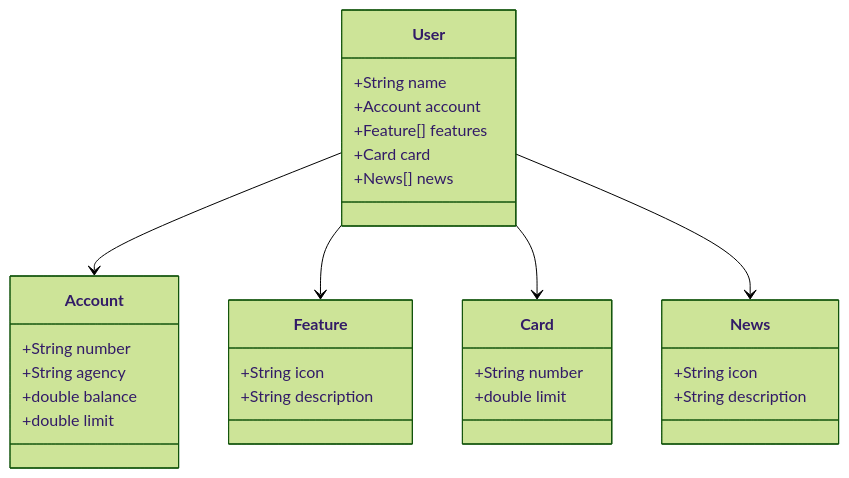
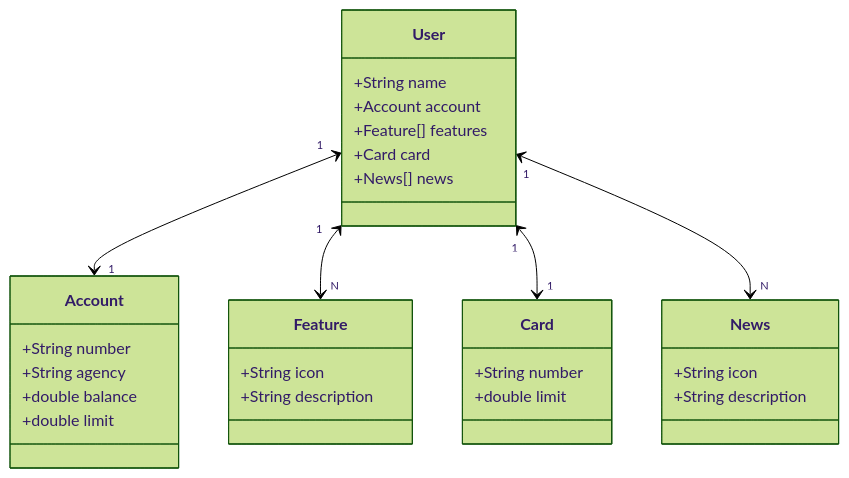
One commit to MARSELO10/springbootAvanade-DIO changed the diagram in README.md. Above: the diagram before and after it, drawn with Mermaid (forest theme).

````diff
--- a/README.md
+++ b/README.md
@@ -6,38 +6,38 @@
 ```mermaid
 
 classDiagram
     class User {
         +String name
         +Account account
         +Feature[] features
         +Card card
         +News[] news
     }
 
     class Account {
         +String number
         +String agency
         +double balance
         +double limit
     }
 
     class Feature {
         +String icon
         +String description
     }
 
     class Card {
         +String number
         +double limit
     }
 
     class News {
         +String icon
         +String description
     }
 
-    User --> Account
-    User --> Feature
-    User --> Card
-    User --> News
+    User "1" <--> "1" Account
+    User "1" <--> "N" Feature
+    User "1" <--> "1" Card
+    User "1" <--> "N" News
 ```
````
